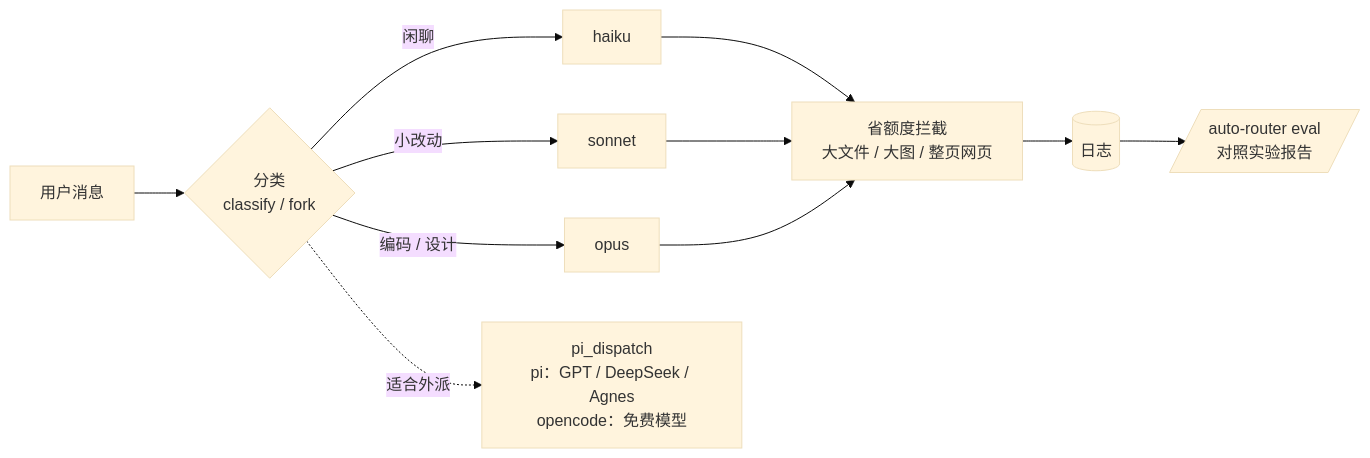
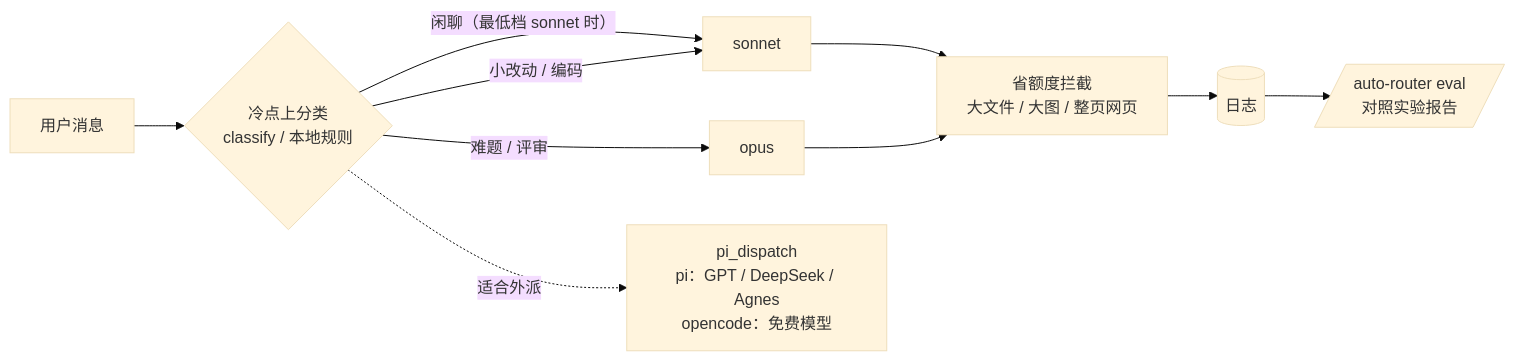
The diagram in README.md (chinbor/auto-router), drawn with Mermaid (base theme) before and after one commit. The commit also changed other lines of this file and 22 other files, not shown here.

````diff
--- a/README.md
+++ b/README.md
@@ -16,10 +17,10 @@
 ```mermaid
 flowchart LR
-    P[用户消息] --> C{分类<br/>classify / fork}
-    C -->|闲聊| H[haiku]
-    C -->|小改动| S[sonnet]
-    C -->|编码 / 设计| O[opus]
+    P[用户消息] --> C{冷点上分类<br/>classify / 本地规则}
+    C -->|闲聊（最低档 sonnet 时）| S
+    C -->|小改动 / 编码| S[sonnet]
+    C -->|难题 / 评审| O[opus]
     C -.适合外派.-> PI[pi_dispatch<br/>pi：GPT / DeepSeek / Agnes<br/>opencode：免费模型]
-    H & S & O --> G[省额度拦截<br/>大文件 / 大图 / 整页网页]
+    S & O --> G[省额度拦截<br/>大文件 / 大图 / 整页网页]
     G --> L[(日志)] --> E[/auto-router eval<br/>对照实验报告/]
 ```
````
